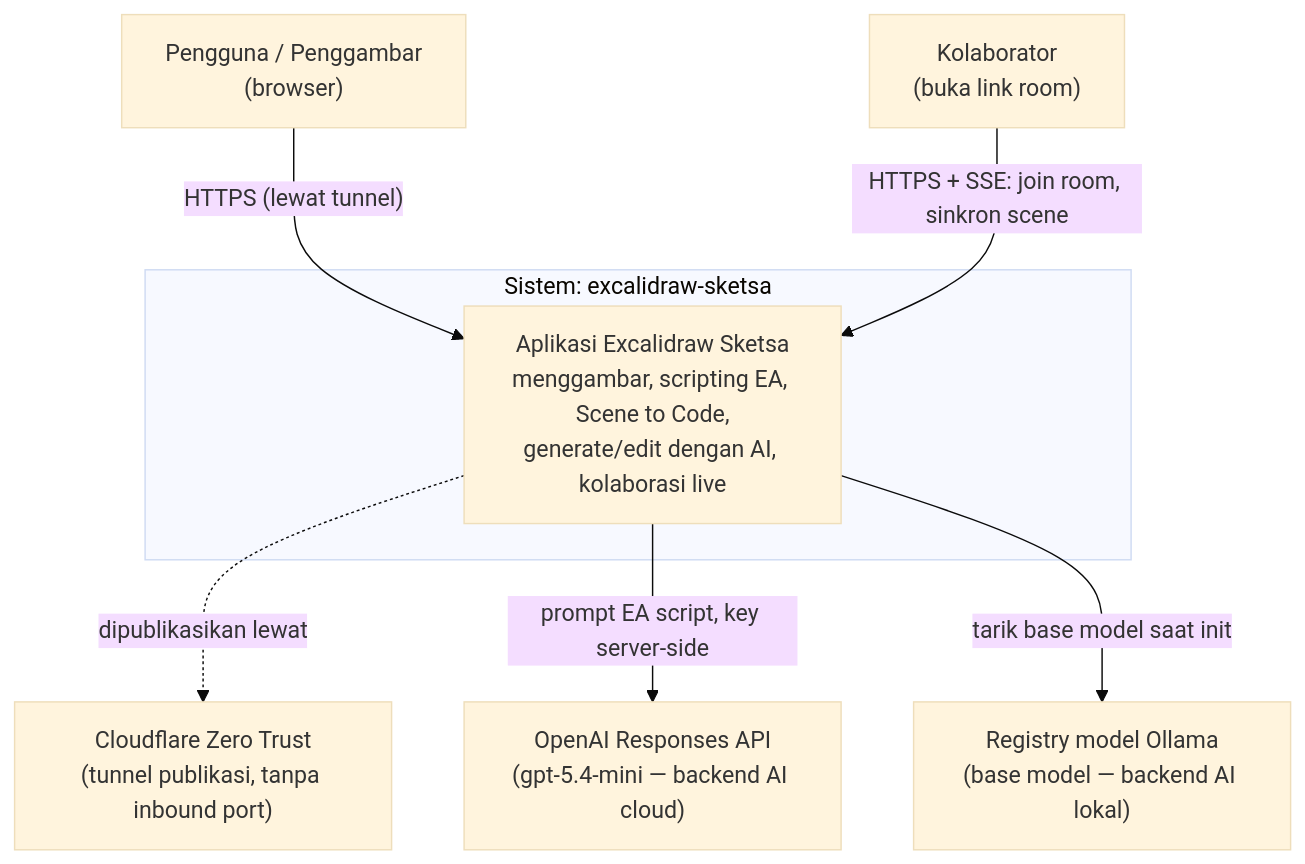
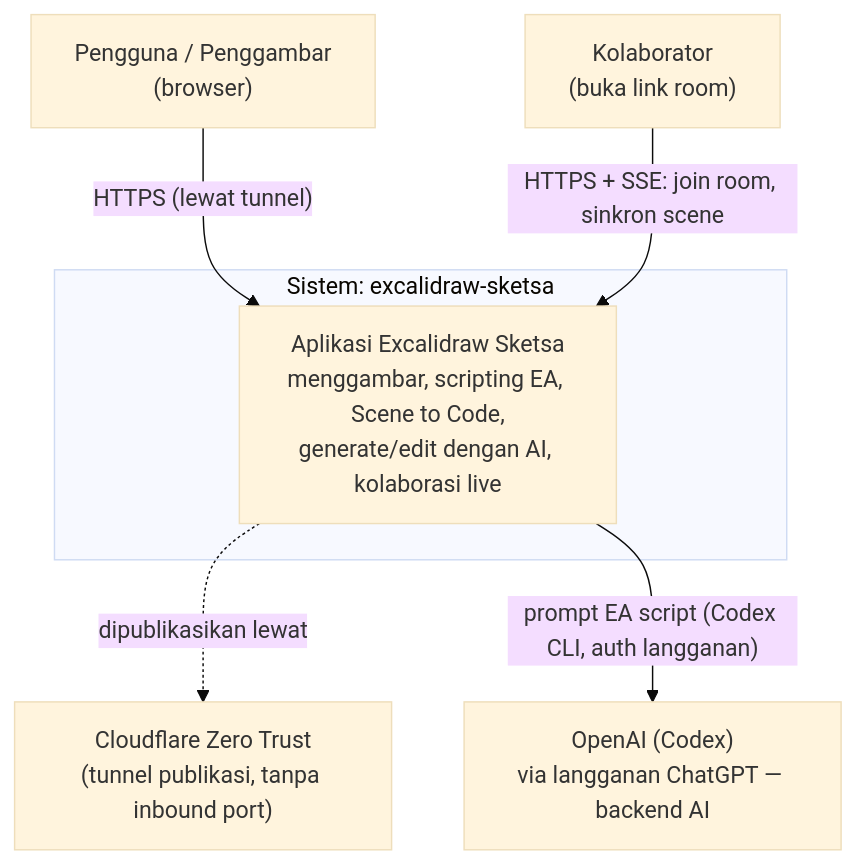
The first of 2 diagrams in docs/ARCHITECTURE.md (warungbudina-digital/excalidraw-sketsa), drawn with Mermaid (base theme) before and after one commit. The commit also changed other lines of this file and 11 other files, not shown here.

````diff
--- a/docs/ARCHITECTURE.md
+++ b/docs/ARCHITECTURE.md
@@ -20,19 +20,17 @@
 ```mermaid
 flowchart TB
     user["Pengguna / Penggambar<br/>(browser)"]
     collab["Kolaborator<br/>(buka link room)"]
 
     subgraph sys["Sistem: excalidraw-sketsa"]
         app["Aplikasi Excalidraw Sketsa<br/>menggambar, scripting EA, Scene to Code,<br/>generate/edit dengan AI, kolaborasi live"]
     end
 
     cf["Cloudflare Zero Trust<br/>(tunnel publikasi, tanpa inbound port)"]
-    openai["OpenAI Responses API<br/>(gpt-5.4-mini — backend AI cloud)"]
-    registry["Registry model Ollama<br/>(base model — backend AI lokal)"]
+    openai["OpenAI (Codex)<br/>via langganan ChatGPT — backend AI"]
 
     user -->|"HTTPS (lewat tunnel)"| app
     collab -->|"HTTPS + SSE: join room, sinkron scene"| app
     app -.->|"dipublikasikan lewat"| cf
-    app -->|"prompt EA script, key server-side"| openai
-    app -->|"tarik base model saat init"| registry
+    app -->|"prompt EA script (Codex CLI, auth langganan)"| openai
 ```
````
